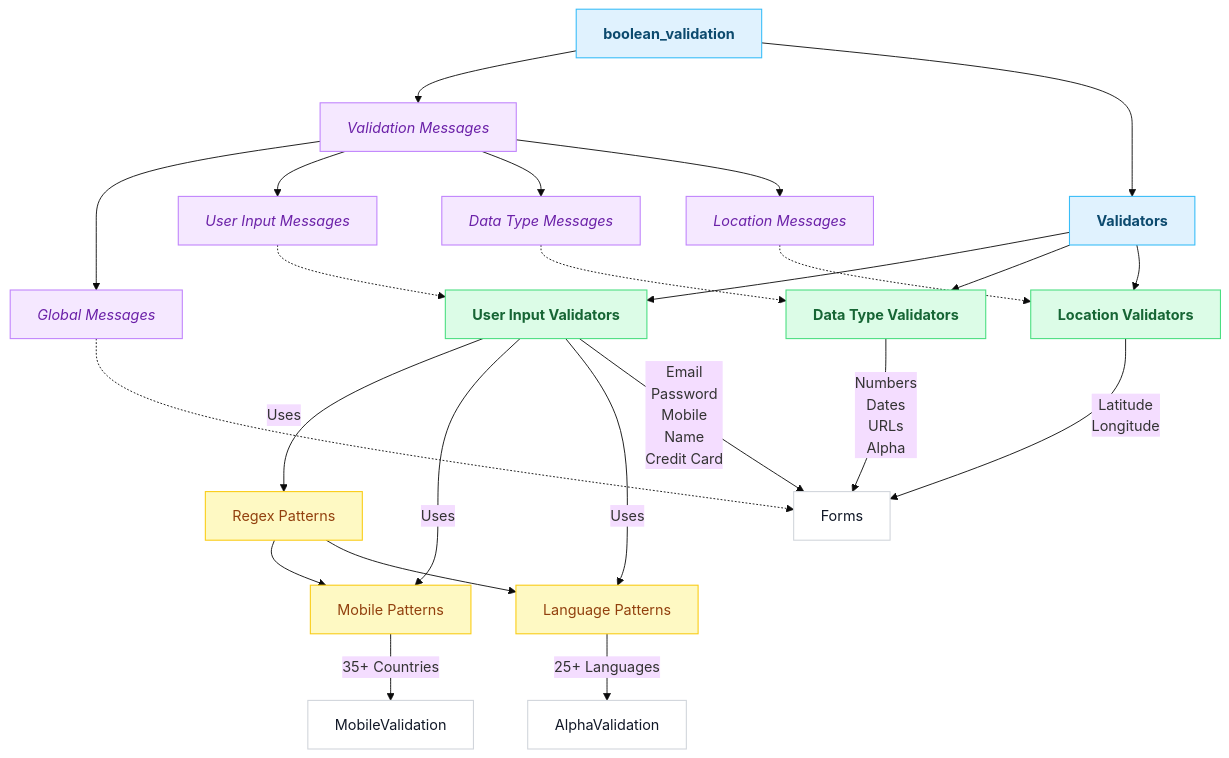
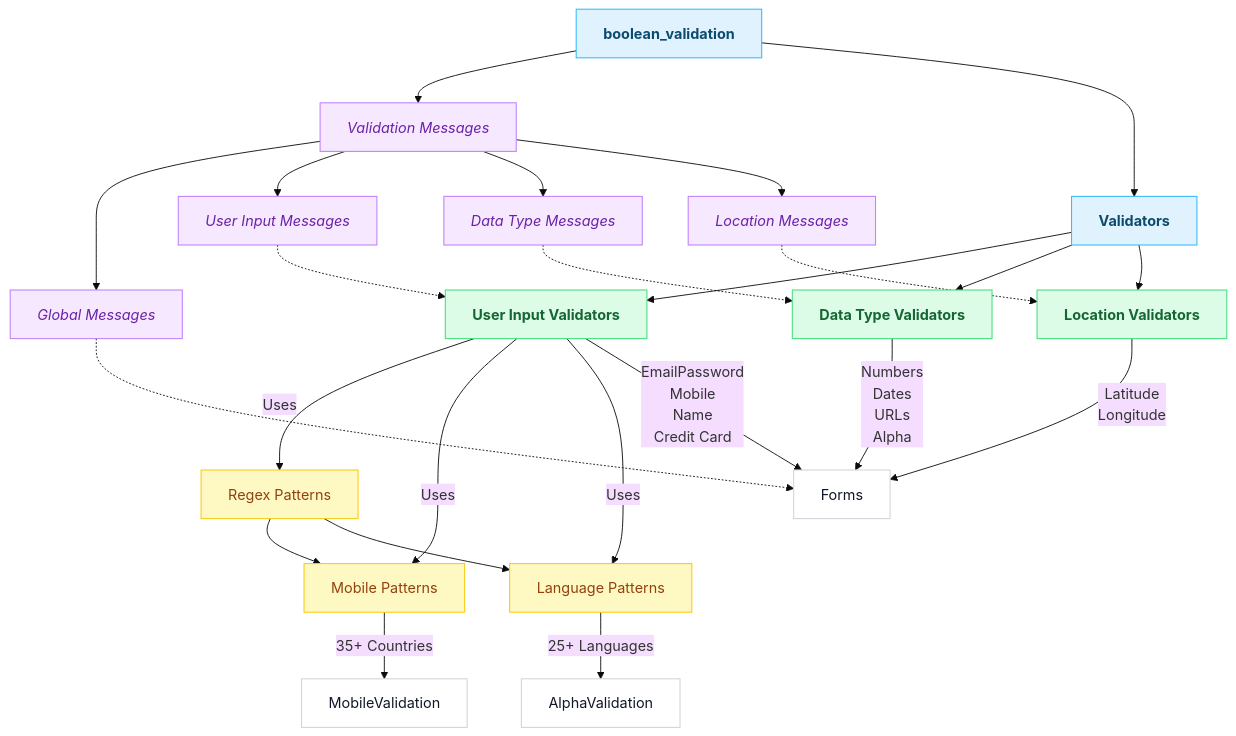
The diagram in README.md (2Math0/boolean_validation), drawn with Mermaid (base theme) before and after one commit. The commit also changed 2 other files, not shown here.

Commit message:
rename asset in mermaid change \n to br

````diff
--- a/README.md
+++ b/README.md
@@ -288,70 +288,70 @@
 ```mermaid
 graph TD
 %% Main Components
     BV[boolean_validation]
     VM[Validation Messages]
     UV[User Input Validators]
     DV[Data Type Validators]
     LV[Location Validators]
 
 %% Regex and Pattern Groups
     RP[Regex Patterns]
     MP[Mobile Patterns]
     LP[Language Patterns]
 
 %% Message Groups
     GM[Global Messages]
     UM[User Input Messages]
     DM[Data Type Messages]
     LM[Location Messages]
 
 %% Main Structure
     BV --> VM
     BV --> Validators
     Validators --> UV
     Validators --> DV
     Validators --> LV
 
 %% Regex Layer
     RP --> MP
     RP --> LP
 
 %% Messages Layer
     VM --> GM
     VM --> UM
     VM --> DM
     VM --> LM
 
 %% Validator Connections
     UV -->|"Uses"| RP
     UV -->|"Uses"| MP
     UV -->|"Uses"| LP
 
 %% Validator Groups with Examples
-    UV -->|"Email\nPassword\nMobile\nName\nCredit Card"| Forms
+    UV -->|"EmailPassword\nMobile\nName\nCredit Card"| Forms
     DV -->|"Numbers\nDates\nURLs\nAlpha"| Forms
     LV -->|"Latitude\nLongitude"| Forms
 
 %% Pattern Details
     MP -->|"35+ Countries"| MobileValidation
     LP -->|"25+ Languages"| AlphaValidation
 
 %% Message Usage
     UM -.-> UV
     DM -.-> DV
     LM -.-> LV
     GM -.-> Forms
 
 %% Material-style coloring
 classDef default fill:#FFFFFF,stroke:#D1D5DB,stroke-width:1.2px,color:#111827,font-size:16px;
 classDef main fill:#E0F2FE,stroke:#38BDF8,stroke-width:1.2px,color:#0C4A6E,font-weight:bold;
 classDef validators fill:#DCFCE7,stroke:#4ADE80,stroke-width:1.2px,color:#166534,font-weight:bold;
 classDef patterns fill:#FEF9C3,stroke:#FACC15,stroke-width:1.2px,color:#92400E,font-weight:normal;
 classDef messages fill:#F5E8FF,stroke:#C084FC,stroke-width:1.2px,color:#6B21A8,font-style:italic;
 classDef enums fill:#F1F5F9,stroke:#94A3B8,stroke-width:1.2px,color:#1E293B,font-weight:normal;
 
 class BV,Validators main;
 class UV,DV,LV validators;
 class RP,MP,LP patterns;
 class VM,GM,UM,DM,LM messages;
 ```
````
